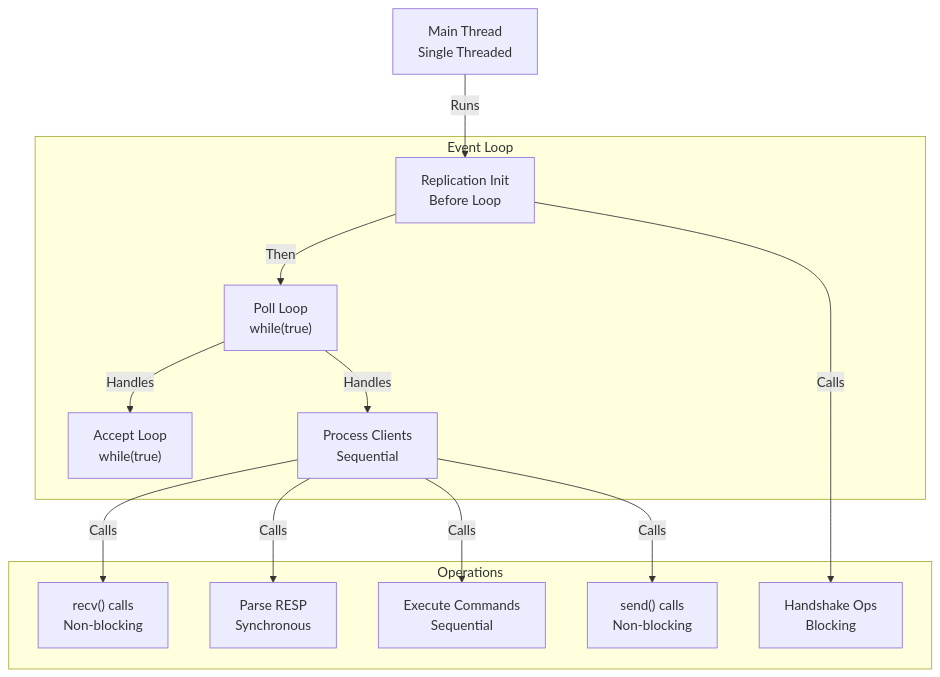
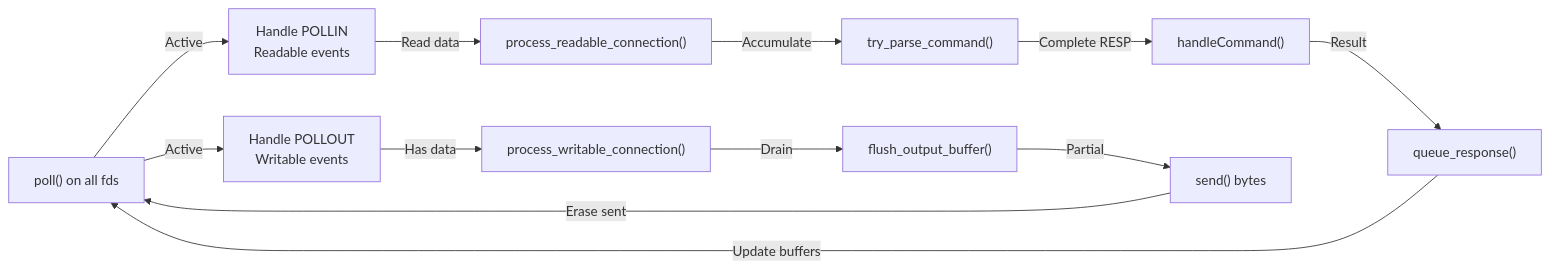
One commit to jsparrow08/redis-cpp changed the third of 9 diagrams in src/CURRENT_ARCHITECTURE.md. Above: the diagram before and after it, drawn with Mermaid. The commit also changed other lines of this file and 8 other files, not shown here.

````diff
--- a/src/CURRENT_ARCHITECTURE.md
+++ b/src/CURRENT_ARCHITECTURE.md
@@ -118,30 +84,29 @@
 ```mermaid
-graph TB
-    MAIN["Main Thread<br/>Single Threaded"]
-
-    subgraph "Event Loop"
-        POLL_LOOP["Poll Loop<br/>while(true)"]
-        ACCEPT_LOOP["Accept Loop<br/>while(true)"]
-        PROCESS_LOOP["Process Clients<br/>Sequential"]
-        REPL_INIT["Replication Init<br/>Before Loop"]
-    end
-
-    subgraph "Operations"
-        RECV["recv() calls<br/>Non-blocking"]
-        PARSE["Parse RESP<br/>Synchronous"]
-        EXECUTE["Execute Commands<br/>Sequential"]
-        SEND["send() calls<br/>Non-blocking"]
-        HANDSHAKE["Handshake Ops<br/>Blocking"]
-    end
-
-    MAIN -->|Runs| REPL_INIT
-    REPL_INIT -->|Then| POLL_LOOP
-    POLL_LOOP -->|Handles| ACCEPT_LOOP
-    POLL_LOOP -->|Handles| PROCESS_LOOP
-
-    PROCESS_LOOP -->|Calls| RECV
-    PROCESS_LOOP -->|Calls| PARSE
-    PROCESS_LOOP -->|Calls| EXECUTE
-    PROCESS_LOOP -->|Calls| SEND
-    REPL_INIT -->|Calls| HANDSHAKE
+graph LR
+    POLL["poll() on all fds"]
+    READABLE["Handle POLLIN<br/>Readable events"]
+    WRITABLE["Handle POLLOUT<br/>Writable events"]
+    
+    READ_FN["process_readable_connection()"]
+    PARSE["try_parse_command()"]
+    EXEC["handleCommand()"]
+    QUEUE["queue_response()"]
+    
+    WRITE_FN["process_writable_connection()"]
+    FLUSH["flush_output_buffer()"]
+    SEND["send() bytes"]
+    
+    POLL -->|Active| READABLE
+    POLL -->|Active| WRITABLE
+    
+    READABLE -->|Read data| READ_FN
+    READ_FN -->|Accumulate| PARSE
+    PARSE -->|Complete RESP| EXEC
+    EXEC -->|Result| QUEUE
+    QUEUE -->|Update buffers| POLL
+    
+    WRITABLE -->|Has data| WRITE_FN
+    WRITE_FN -->|Drain| FLUSH
+    FLUSH -->|Partial| SEND
+    SEND -->|Erase sent| POLL
 ```
````
